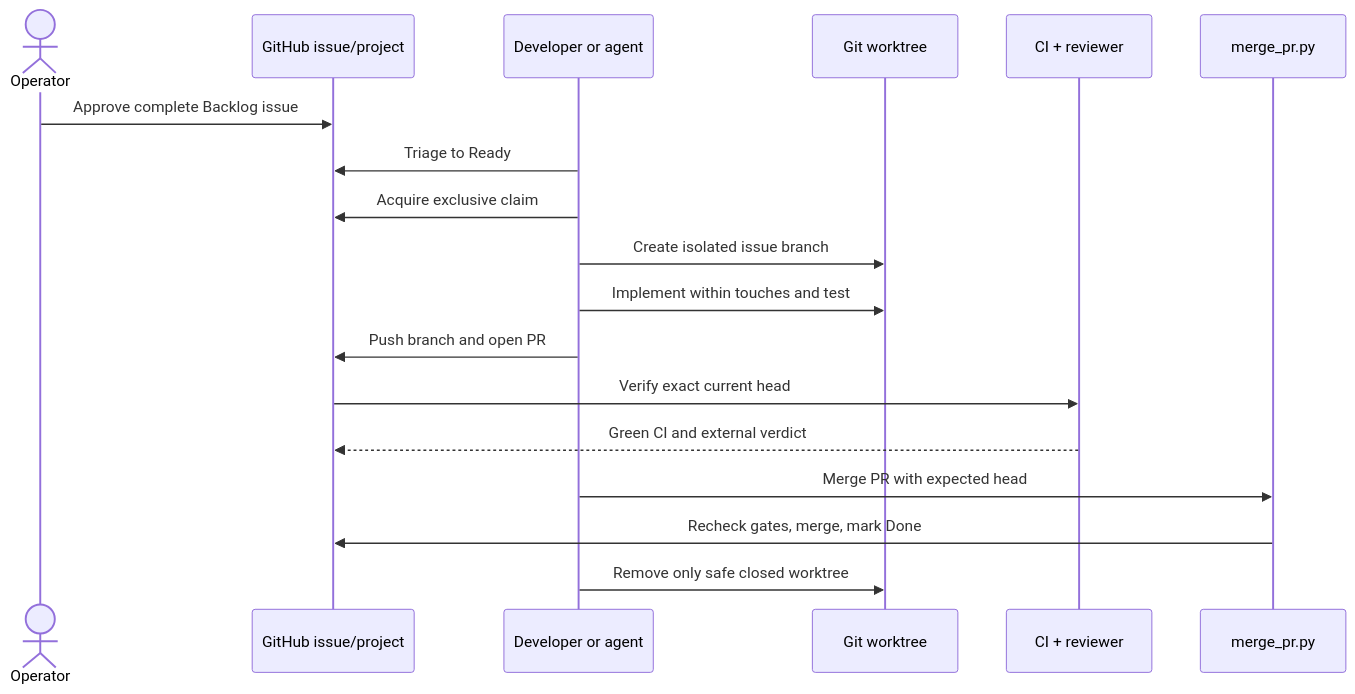
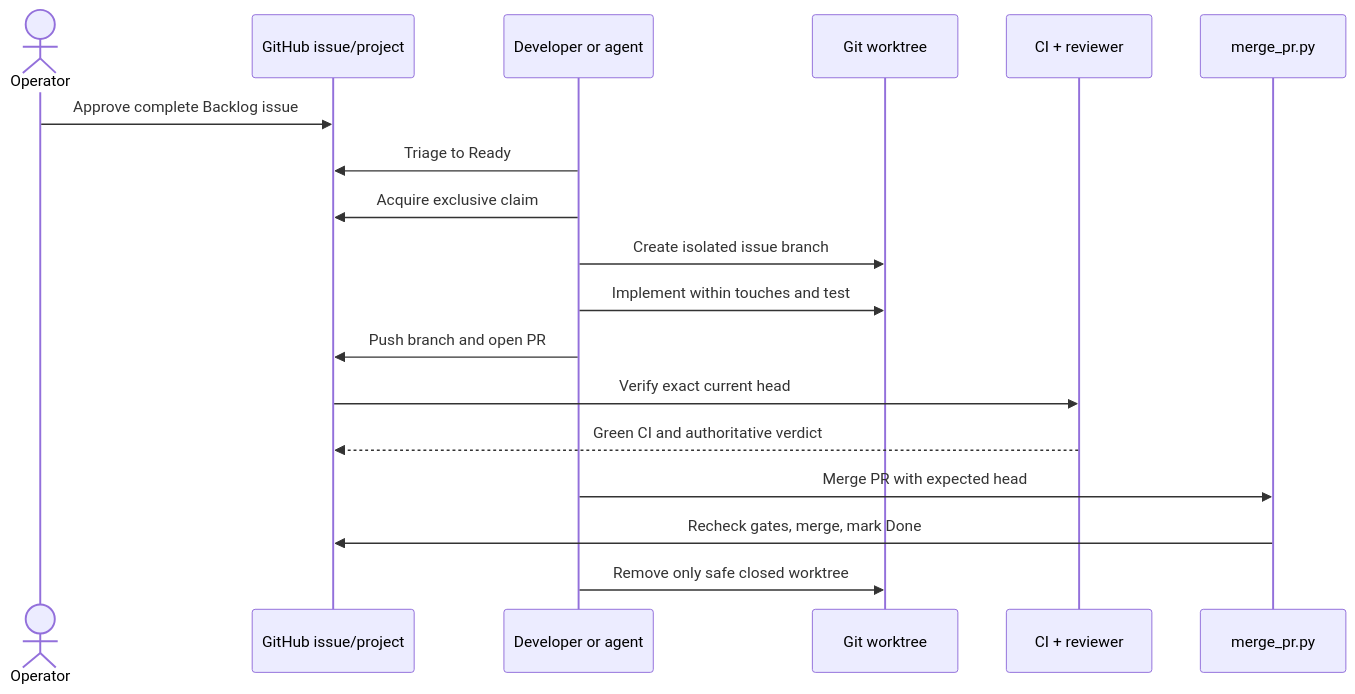
One commit to gillella/Aru_Agentic_SDLC changed the fourth of 5 diagrams in docs/OPERATIONS.md. Above: the diagram before and after it, drawn with Mermaid. The commit also changed other lines of this file and 17 other files, not shown here.

````diff
--- a/docs/OPERATIONS.md
+++ b/docs/OPERATIONS.md
@@ -461,21 +474,21 @@
 ```mermaid
 sequenceDiagram
     actor O as Operator
     participant GH as GitHub issue/project
     participant A as Developer or agent
     participant WT as Git worktree
     participant CI as CI + reviewer
     participant M as merge_pr.py
 
     O->>GH: Approve complete Backlog issue
     A->>GH: Triage to Ready
     A->>GH: Acquire exclusive claim
     A->>WT: Create isolated issue branch
     A->>WT: Implement within touches and test
     A->>GH: Push branch and open PR
     GH->>CI: Verify exact current head
-    CI-->>GH: Green CI and external verdict
+    CI-->>GH: Green CI and authoritative verdict
     A->>M: Merge PR with expected head
     M->>GH: Recheck gates, merge, mark Done
     A->>WT: Remove only safe closed worktree
 ```
````
